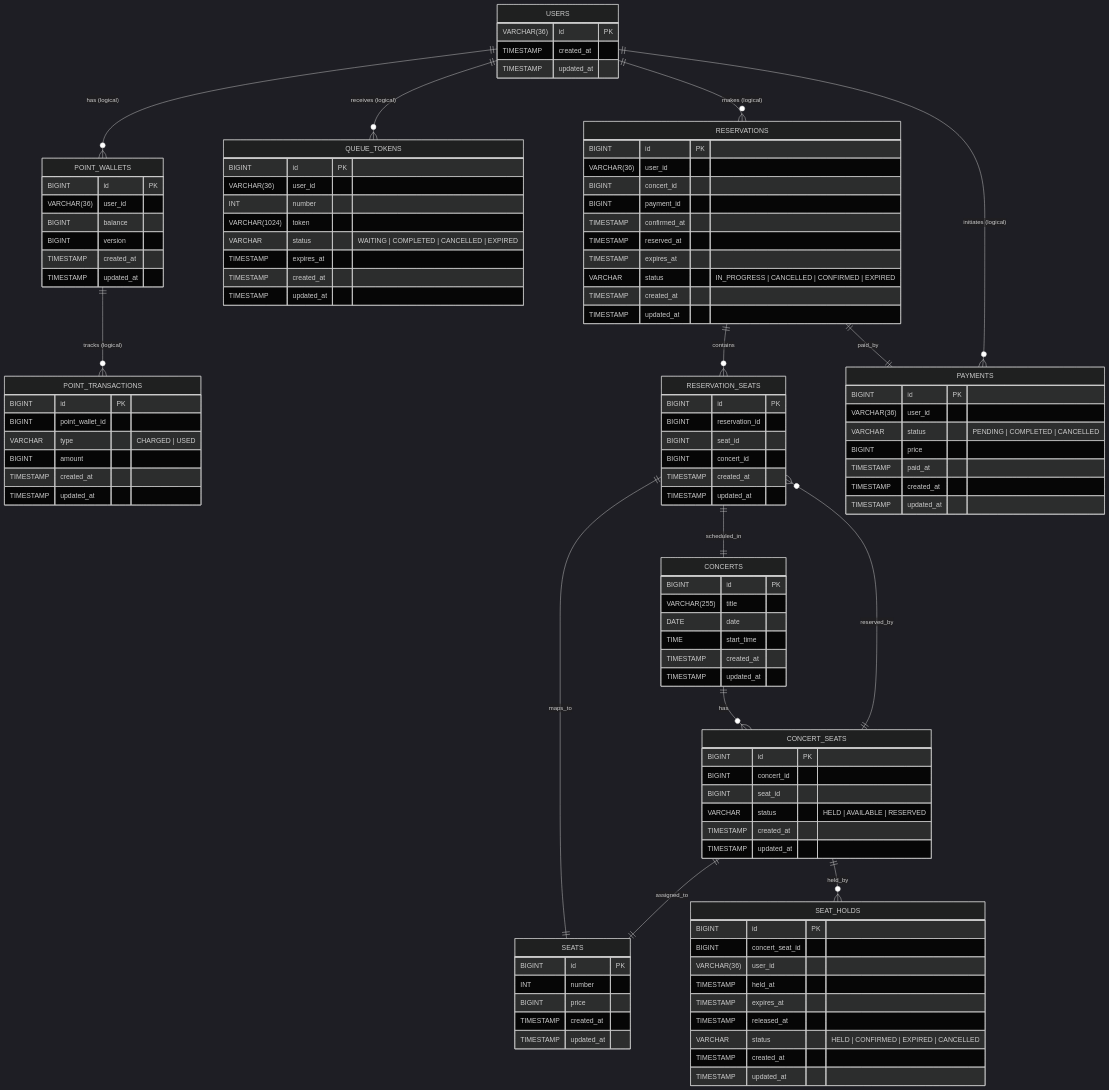
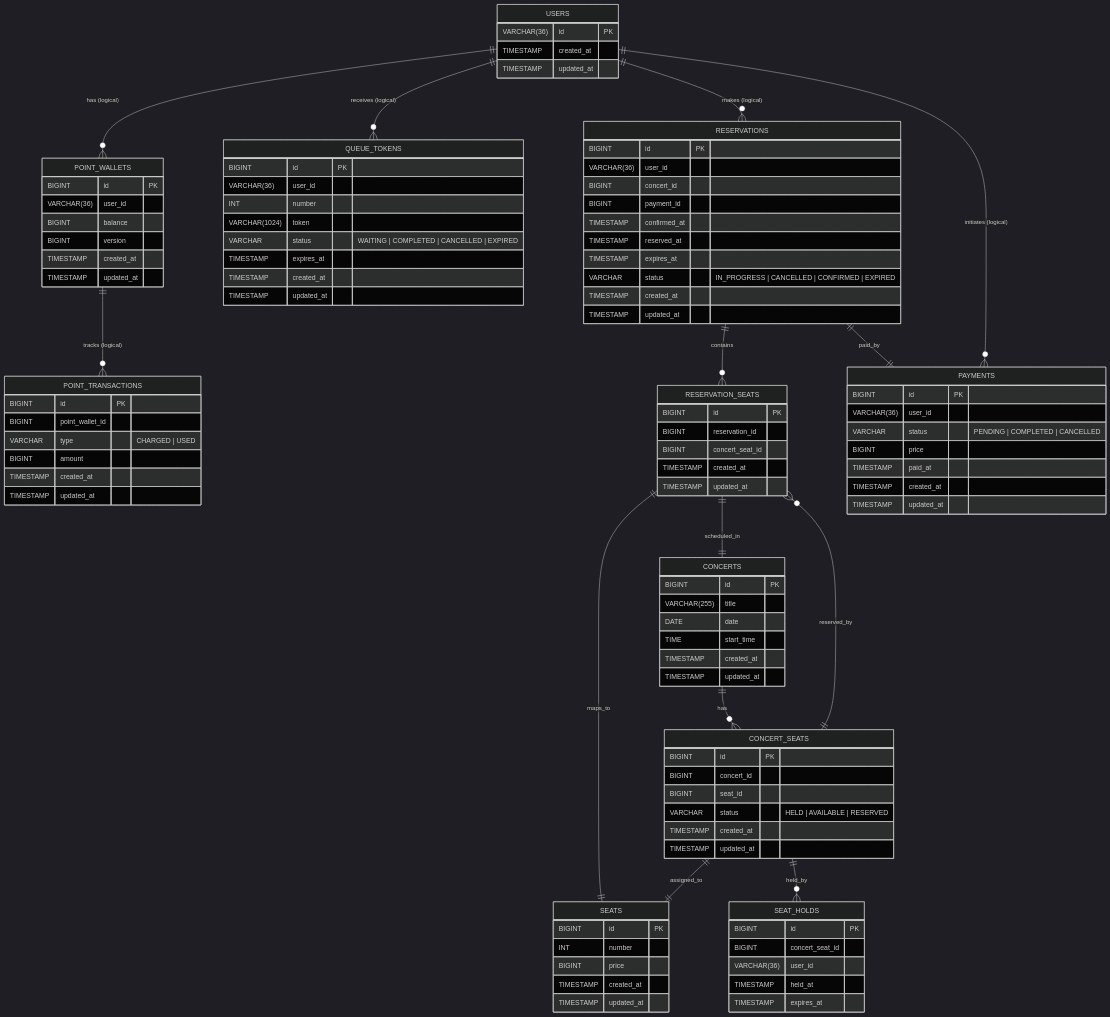
The sixth of 6 diagrams in README.md (crispindeity/hhplus-server-jvm), drawn with Mermaid (dark theme) before and after one commit. The commit also changed other lines of this file and 10 other files, not shown here.

```diff
--- a/README.md
+++ b/README.md
@@ -369,10 +372,6 @@
         VARCHAR(36) user_id 
         TIMESTAMP held_at
         TIMESTAMP expires_at
-        TIMESTAMP released_at
-        VARCHAR status "HELD | CONFIRMED | EXPIRED | CANCELLED"
-        TIMESTAMP created_at
-        TIMESTAMP updated_at
     }
 
     RESERVATIONS {
@@ -391,8 +390,7 @@
     RESERVATION_SEATS {
         BIGINT id PK
         BIGINT reservation_id 
-        BIGINT seat_id 
-        BIGINT concert_id 
+        BIGINT concert_seat_id
         TIMESTAMP created_at
         TIMESTAMP updated_at
     }
```
